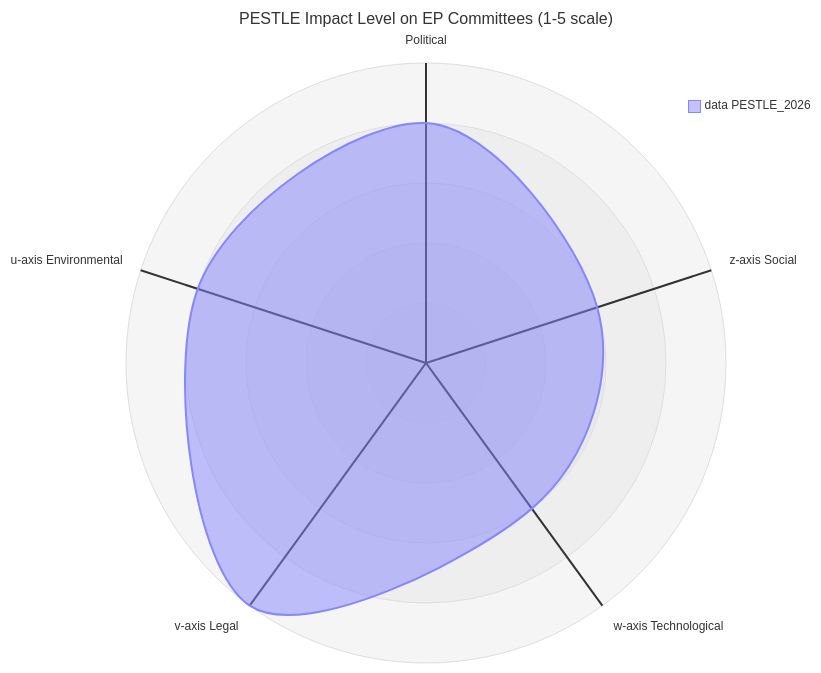
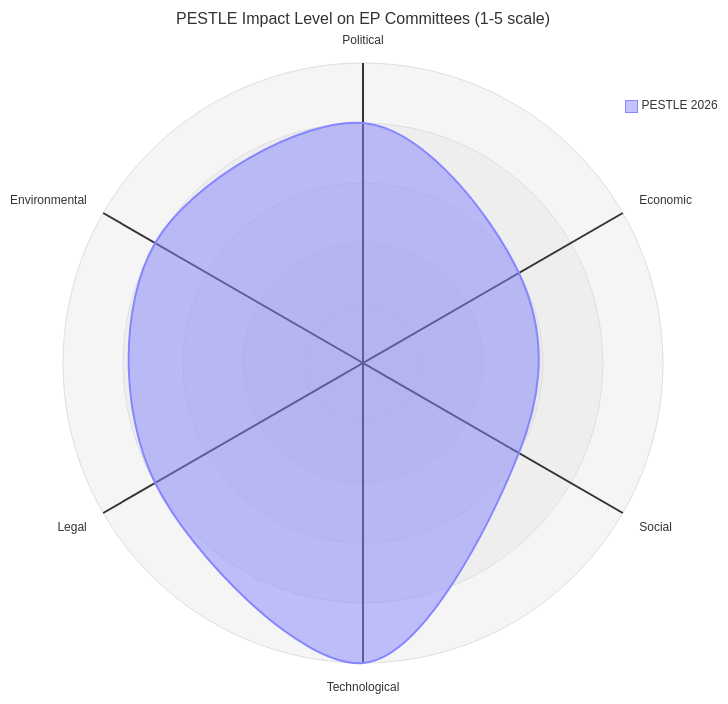
Before and after one commit to Hack23/euparliamentmonitor: diagram 17 of 26 in analysis/daily/2026-05-22/committee-reports/article.md, drawn with Mermaid. The commit also changed 8 other files, not shown here.

Commit message:
fix(mermaid): address review comments on radar/quadrant/xychart semantics

````diff
--- a/analysis/daily/2026-05-22/committee-reports/article.md
+++ b/analysis/daily/2026-05-22/committee-reports/article.md
@@ -2206,6 +2206,6 @@
 ```mermaid
 radar-beta
     title PESTLE Impact Level on EP Committees (1-5 scale)
-    axis a1["Political"], a2["z-axis Social"], a3["w-axis Technological"], a4["v-axis Legal"], a5["u-axis Environmental"]
-    curve c1["data PESTLE_2026"]{4, 3, 3, 5, 4}
+    axis a1["Political"], a2["Economic"], a3["Social"], a4["Technological"], a5["Legal"], a6["Environmental"]
+    curve c1["PESTLE 2026"]{4, 3, 3, 5, 4, 4}
 ```
````
